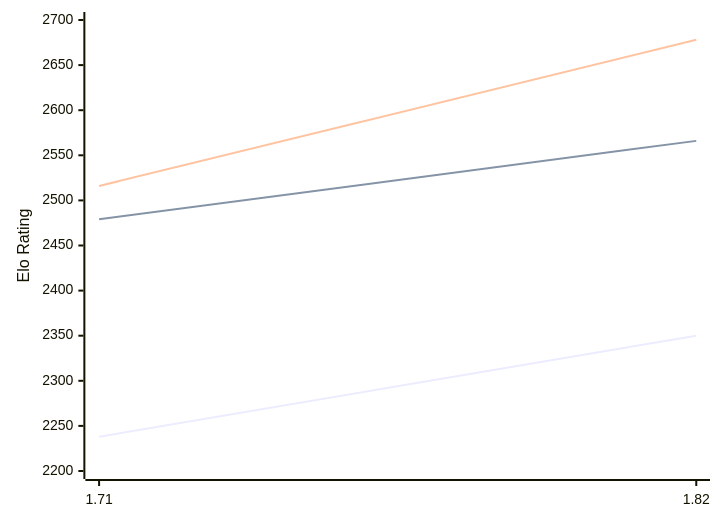
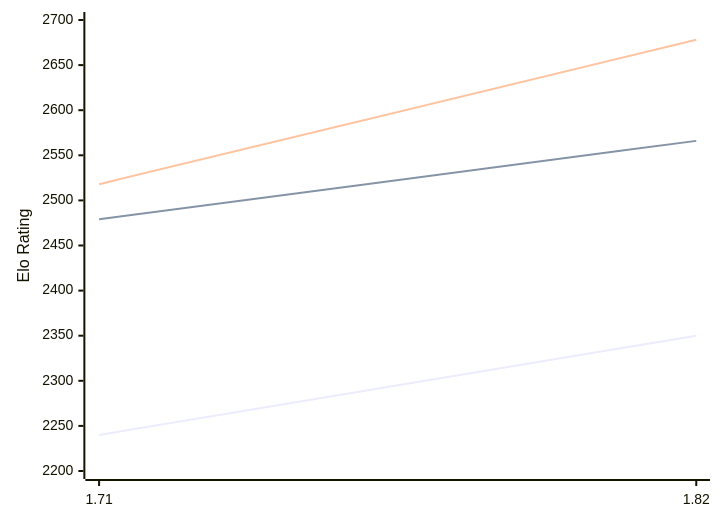
The diagram in engines/Amira.md (computer-chess-index/cci), drawn with Mermaid before and after one commit. The commit also changed other lines of this file, not shown here.

Commit message:
Update CCI Ratings (ELO VLTC) - 2026-02-11

````diff
--- a/engines/Amira.md
+++ b/engines/Amira.md
@@ -32,9 +32,9 @@
 ```mermaid
 %%{init: {"theme":"base","themeVariables":{"seriesColors:['#a3a3a3','#222221','#faa371']}}}%%
 xychart-beta
   x-axis ["1.71", "1.82"]
   y-axis "Elo Rating" 2200 --> 2700
-  line "STC (8.0+0.08s)" [2238, 2350]
+  line "STC (8.0+0.08s)" [2240, 2350]
   line "LTC (60.0+0.60s)" [2479, 2566]
-  line "VLTC (2m24s+1.12s)" [2516, 2678]
+  line "VLTC (2m24s+1.12s)" [2518, 2678]
 ```
````
